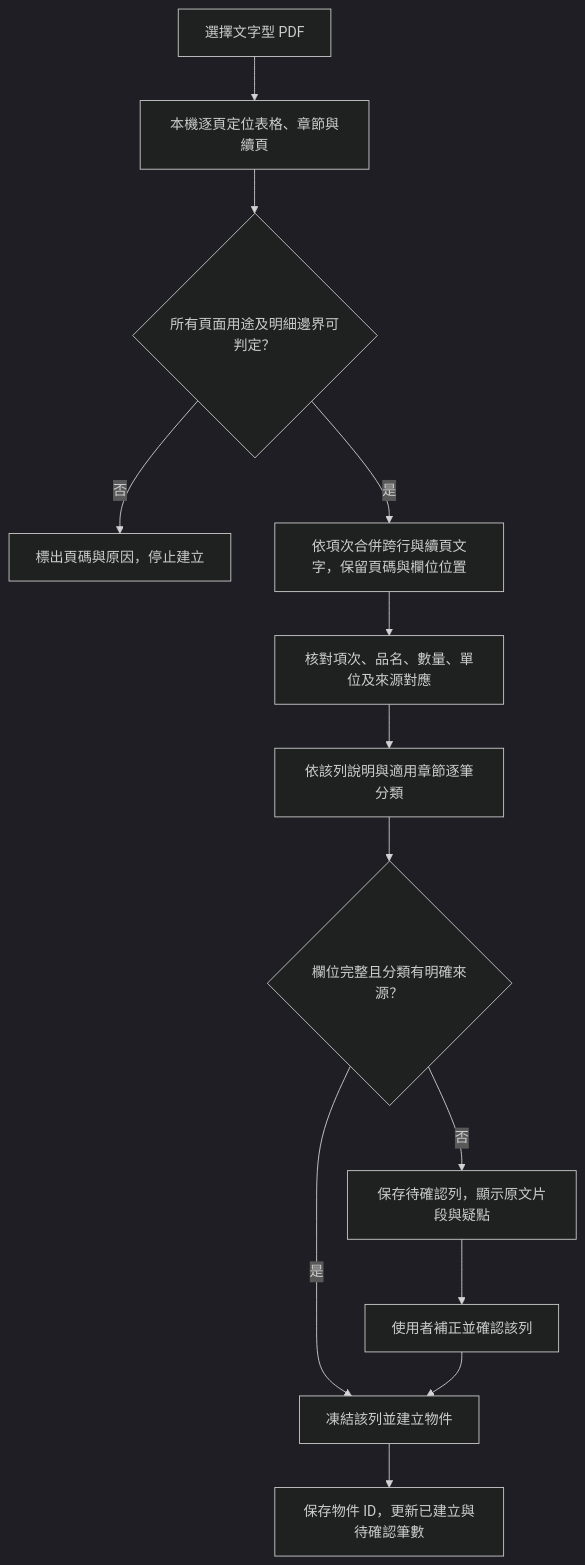
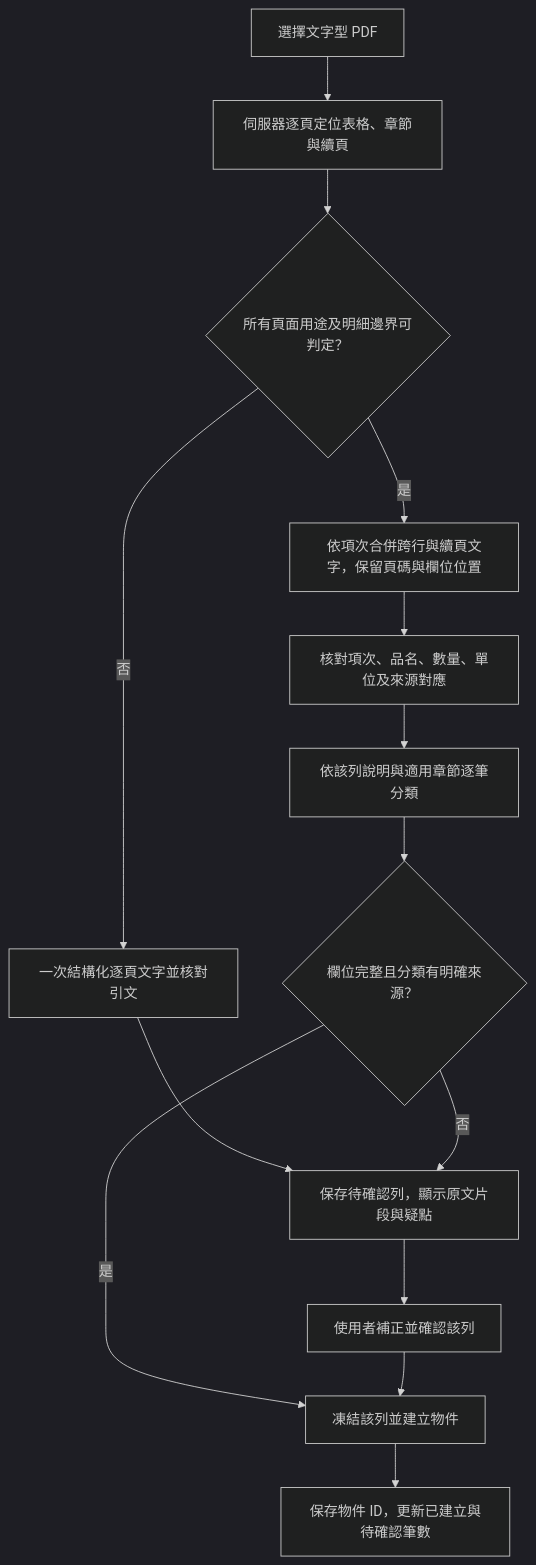
One commit to 963sup/line-mini-app-bot changed the first of 11 diagrams in docs/domains/objectimport/design.md. Above: the diagram before and after it, drawn with Mermaid (dark theme). The commit also changed other lines of this file and 28 other files, not shown here.

````diff
--- a/docs/domains/objectimport/design.md
+++ b/docs/domains/objectimport/design.md
@@ -9,15 +9,16 @@
 ```mermaid
 flowchart TD
-  A[選擇文字型 PDF] --> B[本機逐頁定位表格、章節與續頁]
+  A[選擇文字型 PDF] --> B[伺服器逐頁定位表格、章節與續頁]
   B --> C{所有頁面用途及明細邊界可判定？}
-  C -->|否| D[標出頁碼與原因，停止建立]
+  C -->|否| D[一次結構化逐頁文字並核對引文]
+  D --> J
   C -->|是| E[依項次合併跨行與續頁文字，保留頁碼與欄位位置]
   E --> F[核對項次、品名、數量、單位及來源對應]
   F --> G[依該列說明與適用章節逐筆分類]
   G --> H{欄位完整且分類有明確來源？}
   H -->|是| I[凍結該列並建立物件]
   H -->|否| J[保存待確認列，顯示原文片段與疑點]
   J --> K[使用者補正並確認該列]
   K --> I
   I --> L[保存物件 ID，更新已建立與待確認筆數]
 ```
````
